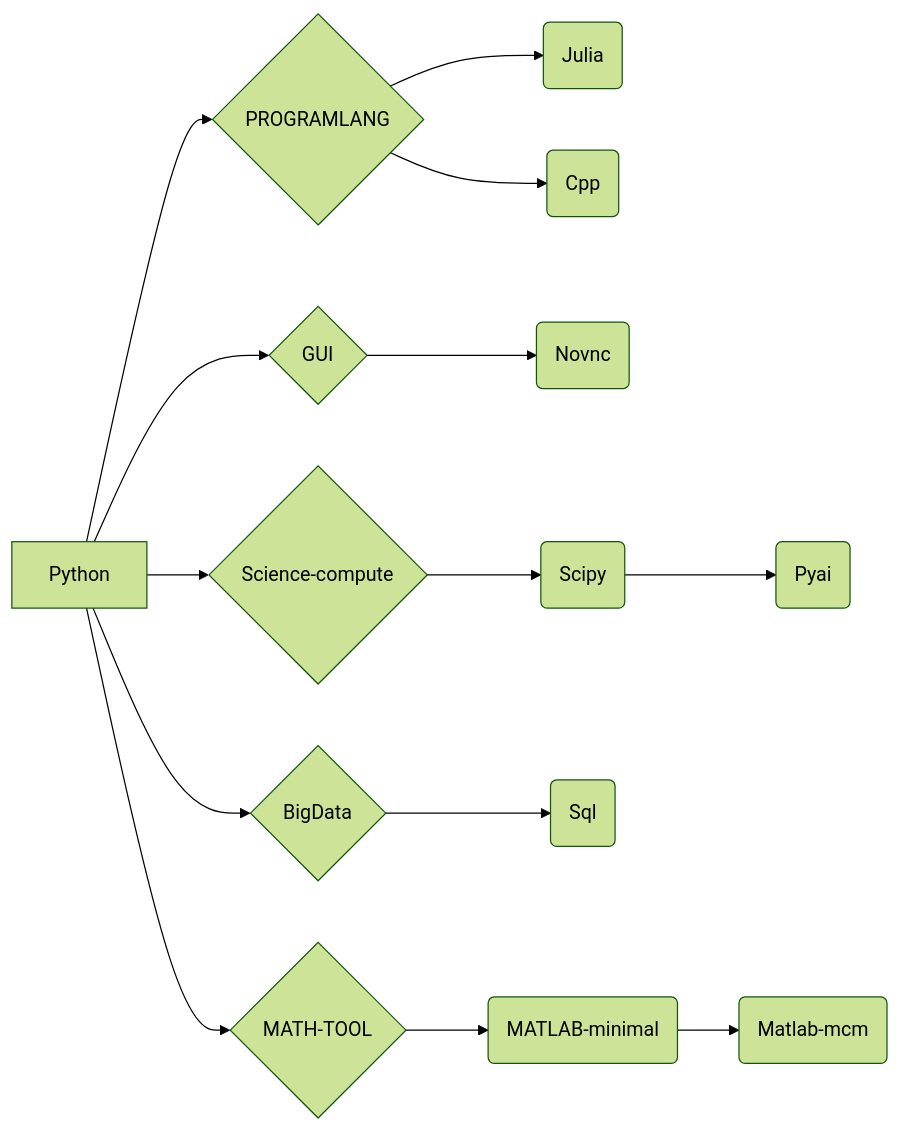
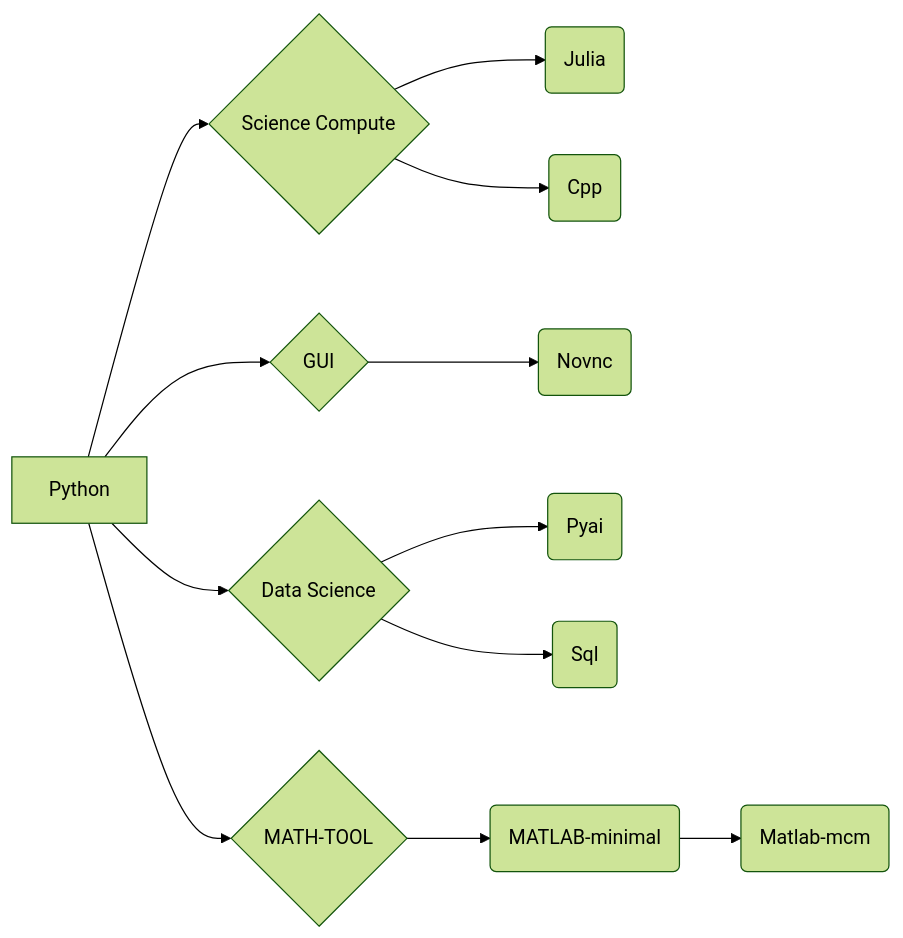
The diagram in README.md (eoeair/jupyter), drawn with Mermaid (forest theme) before and after one commit. The commit also changed other lines of this file and 3 other files, not shown here.

Commit message:
remove scipy(support with pyai)

````diff
--- a/README.md
+++ b/README.md
@@ -71,14 +70,14 @@
 ```mermaid
 graph LR
-Python-->P{PROGRAMLANG}
-P-->PA(Julia)
-P-->PB(Cpp)
+Python-->S{Science Compute}
+S-->SA(Julia)
+S-->SB(Cpp)
 
 Python-->G{GUI}-->GA(Novnc)
 
-Python-->S{Science-compute}-->SA(Scipy)-->SAA(Pyai)
-
-Python-->B{BigData}-->BA(Sql)
+Python-->D{Data Science}
+D-->DA(Pyai)
+D-->DB(Sql)
 
 Python-->M{MATH-TOOL}-->MA(MATLAB-minimal)-->MAA(Matlab-mcm)
 ```
````
